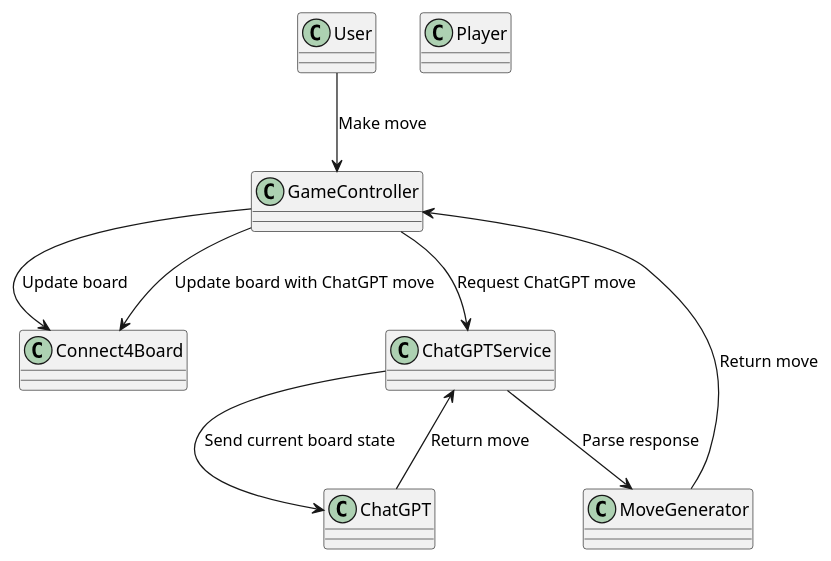
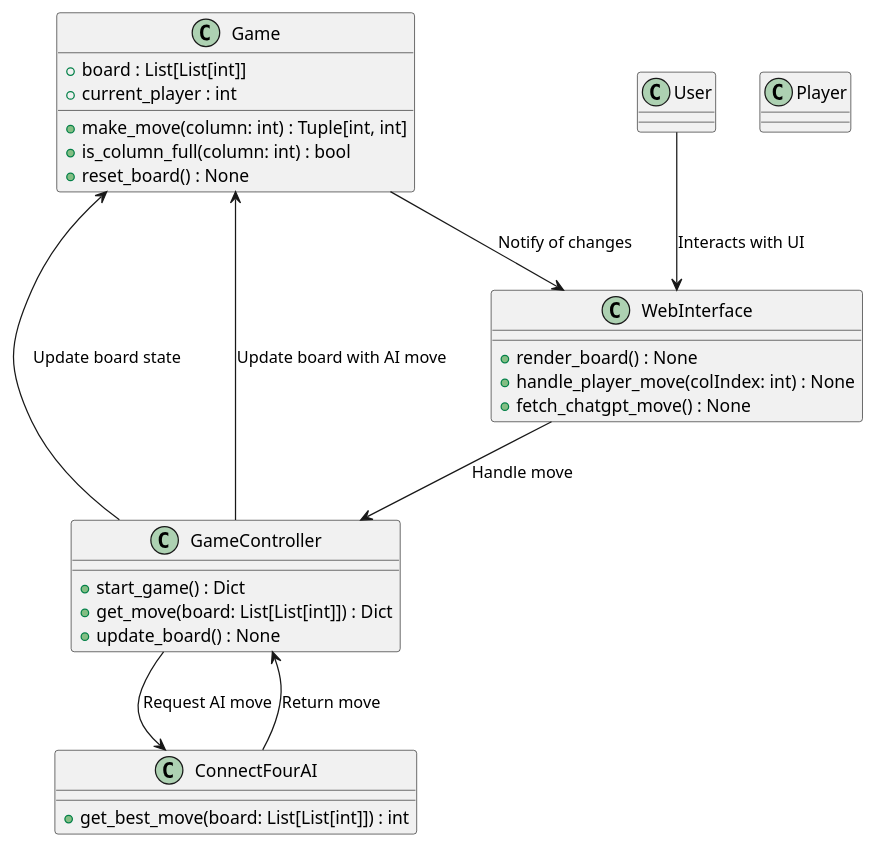
One commit to BenjaminLoveland/bloveland-OOP_FinalProject changed the diagram in 4+1_Views/views.puml. Above: the diagram before and after it, drawn with PlantUML. The commit also changed 6 other files, not shown here.

Commit message:
Added updated 4+1 views and UML diagram to be used for presentation

```diff
--- a/4+1_Views/views.puml
+++ b/4+1_Views/views.puml
@@ -1,19 +1,35 @@
-@startuml views
+@startuml Connect4Game
 
-class Connect4Board
+class Game
+class ConnectFourAI
+class GameController
 class Player
-class GameController
-class ChatGPTService
-class MoveGenerator
+class WebInterface
+
+' -- Attributes and Methods --
+Game : +board : List[List[int]]
+Game : +current_player : int
+Game : +make_move(column: int) : Tuple[int, int]
+Game : +is_column_full(column: int) : bool
+Game : +reset_board() : None
+
+ConnectFourAI : +get_best_move(board: List[List[int]]) : int
+
+GameController : +start_game() : Dict
+GameController : +get_move(board: List[List[int]]) : Dict
+GameController : +update_board() : None
+
+WebInterface : +render_board() : None
+WebInterface : +handle_player_move(colIndex: int) : None
+WebInterface : +fetch_chatgpt_move() : None
 
 ' -- Basic Interactions --
-User --> GameController : Make move
-GameController --> Connect4Board : Update board
-GameController --> ChatGPTService : Request ChatGPT move
-ChatGPTService --> ChatGPT : Send current board state
-ChatGPT --> ChatGPTService : Return move
-ChatGPTService --> MoveGenerator : Parse response
-MoveGenerator --> GameController : Return move
-GameController --> Connect4Board : Update board with ChatGPT move
+User --> WebInterface : Interacts with UI
+WebInterface --> GameController : Handle move
+GameController --> Game : Update board state
+GameController --> ConnectFourAI : Request AI move
+ConnectFourAI --> GameController : Return move
+GameController --> Game : Update board with AI move
+Game --> WebInterface : Notify of changes
 
 @enduml
```
